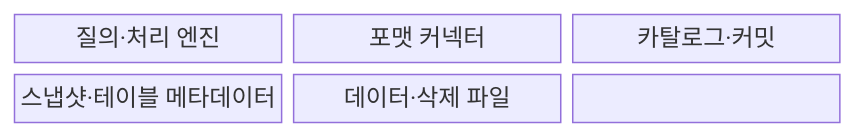
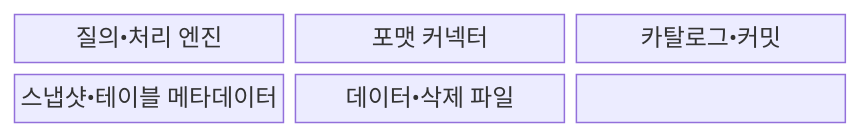
Before and after one commit to agnusdei1207/knowledge-base: the first of 2 diagrams in src/content/docs/notes/08-latest-tech/192_open_table_format.md, drawn with Mermaid. The commit also changed other lines of this file and 953 other files, not shown here.

````diff
--- a/src/content/docs/notes/08-latest-tech/192_open_table_format.md
+++ b/src/content/docs/notes/08-latest-tech/192_open_table_format.md
@@ -65,11 +65,11 @@
 ```mermaid
 block-beta
   columns 3
-  N0["질의·처리 엔진"]
+  N0["질의•처리 엔진"]
   N1["포맷 커넥터"]
-  N2["카탈로그·커밋"]
-  N3["스냅샷·테이블 메타데이터"]
-  N4["데이터·삭제 파일"]
+  N2["카탈로그•커밋"]
+  N3["스냅샷•테이블 메타데이터"]
+  N4["데이터•삭제 파일"]
   N0 --- N1 --- N2
   N2 --- N3 --- N4
 ```
````
